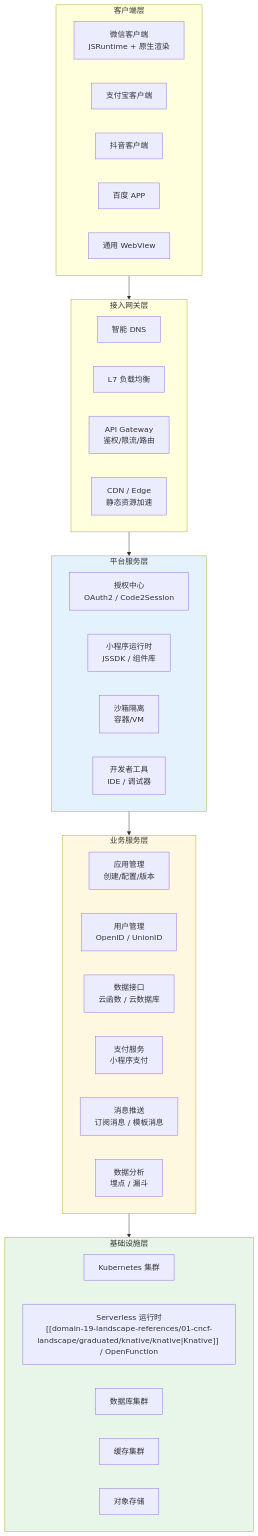
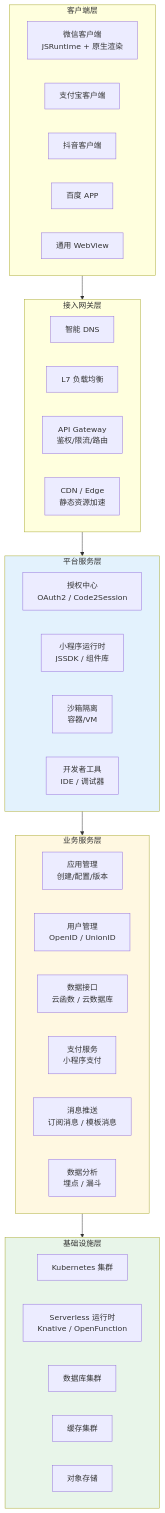
One commit to kudig-io/kudig-database changed the first of 10 diagrams in domain-20-application-patterns/topic-application-architecture/02-mini-program-architecture.md. Above: the diagram before and after it, drawn with Mermaid. The commit also changed other lines of this file and 5906 other files, not shown here.

````diff
--- a/domain-20-application-patterns/topic-application-architecture/02-mini-program-architecture.md
+++ b/domain-20-application-patterns/topic-application-architecture/02-mini-program-architecture.md
@@ -77,48 +118,48 @@
 ```mermaid
 flowchart TB
     subgraph Client["客户端层"]
         WECHAT["微信客户端<br/>JSRuntime + 原生渲染"]
         ALIPAY["支付宝客户端"]
         DOUYIN["抖音客户端"]
         BAIDU["百度 APP"]
         WEBVIEW["通用 WebView"]
     end
 
     subgraph Gateway["接入网关层"]
         DNS["智能 DNS"]
         LB["L7 负载均衡"]
         API_GW["API Gateway<br/>鉴权/限流/路由"]
         CDN["CDN / Edge<br/>静态资源加速"]
     end
 
     subgraph Platform["平台服务层"]
         AUTH["授权中心<br/>OAuth2 / Code2Session"]
         RUNTIME["小程序运行时<br/>JSSDK / 组件库"]
         SANDBOX["沙箱隔离<br/>容器/VM"]
         DEV_TOOLS["开发者工具<br/>IDE / 调试器"]
     end
 
     subgraph Biz["业务服务层"]
         APP_MGMT["应用管理<br/>创建/配置/版本"]
         USER_MGMT["用户管理<br/>OpenID / UnionID"]
         DATA_API["数据接口<br/>云函数 / 云数据库"]
         PAYMENT["支付服务<br/>小程序支付"]
         MSG["消息推送<br/>订阅消息 / 模板消息"]
         ANALYTICS["数据分析<br/>埋点 / 漏斗"]
     end
 
     subgraph Infra["基础设施层"]
         K8S["Kubernetes 集群"]
-        SERVERLESS["Serverless 运行时<br/>[[domain-19-landscape-references/01-cncf-landscape/graduated/knative/knative|Knative]] / OpenFunction"]
+        SERVERLESS["Serverless 运行时<br/>Knative / OpenFunction"]
         DB["数据库集群"]
         CACHE["缓存集群"]
         OSS["对象存储"]
     end
 
     Client --> Gateway
     Gateway --> Platform --> Biz --> Infra
 
     style Platform fill:#e3f2fd
     style Biz fill:#fff8e1
     style Infra fill:#e8f5e9
 ```
````
